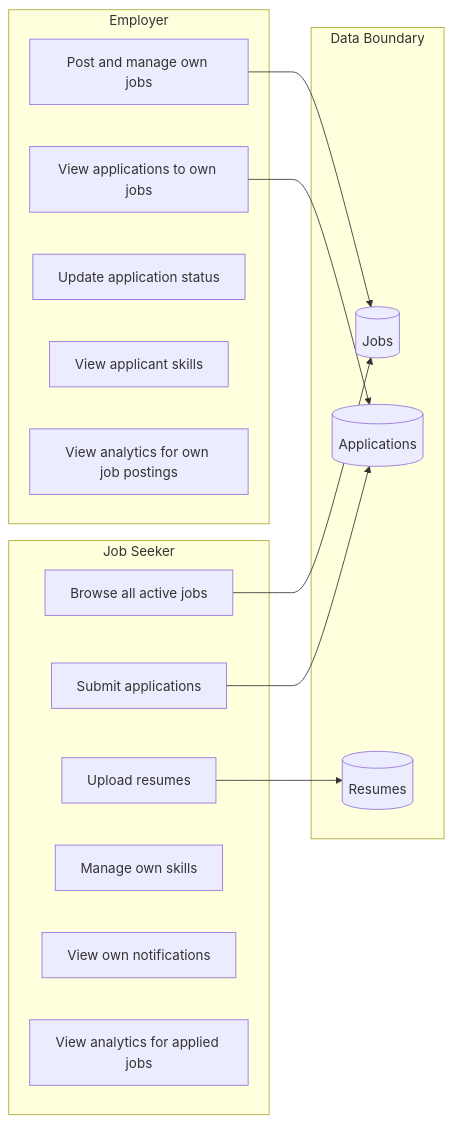
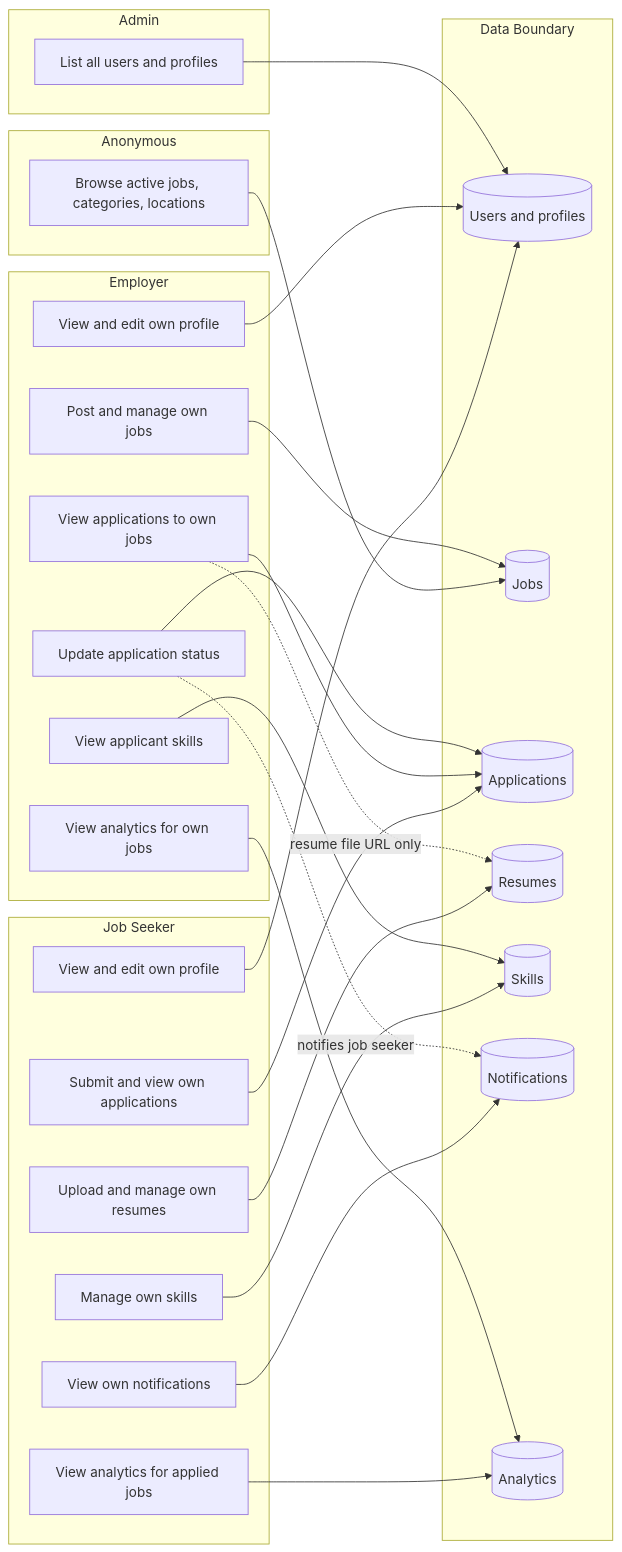
The second of 3 diagrams in README.md (jubriltayo/anywork), drawn with Mermaid before and after one commit. The commit also changed other lines of this file, not shown here.

First line of the commit message:
Refine application diagrams and user roles in README

````diff
--- a/README.md
+++ b/README.md
@@ -209,31 +211,55 @@
 ```mermaid
 graph LR
+    subgraph "Anonymous"
+        AN_Jobs[Browse active jobs, categories, locations]
+    end
+
     subgraph "Job Seeker"
-        JS_Jobs[Browse all active jobs]
-        JS_Apply[Submit applications]
-        JS_Resume[Upload resumes]
+        JS_Profile[View and edit own profile]
+        JS_Apply[Submit and view own applications]
+        JS_Resume[Upload and manage own resumes]
         JS_Skills[Manage own skills]
         JS_Notif[View own notifications]
         JS_Analytics[View analytics for applied jobs]
     end
 
     subgraph "Employer"
+        EM_Profile[View and edit own profile]
         EM_PostJob[Post and manage own jobs]
         EM_ViewApps[View applications to own jobs]
         EM_UpdateStatus[Update application status]
         EM_ViewSkills[View applicant skills]
-        EM_Analytics[View analytics for own job postings]
+        EM_Analytics[View analytics for own jobs]
+    end
+
+    subgraph "Admin"
+        AD_Users[List all users and profiles]
     end
 
     subgraph "Data Boundary"
+        DB_Users[(Users and profiles)]
         DB_Jobs[(Jobs)]
         DB_Apps[(Applications)]
         DB_Resumes[(Resumes)]
+        DB_Skills[(Skills)]
+        DB_Notifs[(Notifications)]
+        DB_Analytics[(Analytics)]
     end
 
-    JS_Jobs --> DB_Jobs
+    AN_Jobs --> DB_Jobs
+    JS_Profile --> DB_Users
     JS_Apply --> DB_Apps
+    JS_Resume --> DB_Resumes
+    JS_Skills --> DB_Skills
+    JS_Notif --> DB_Notifs
+    JS_Analytics --> DB_Analytics
+    EM_Profile --> DB_Users
     EM_PostJob --> DB_Jobs
     EM_ViewApps --> DB_Apps
-    JS_Resume --> DB_Resumes
+    EM_UpdateStatus --> DB_Apps
+    EM_UpdateStatus -.-> |notifies job seeker| DB_Notifs
+    EM_ViewApps -.-> |resume file URL only| DB_Resumes
+    EM_ViewSkills --> DB_Skills
+    EM_Analytics --> DB_Analytics
+    AD_Users --> DB_Users
 ```
````
